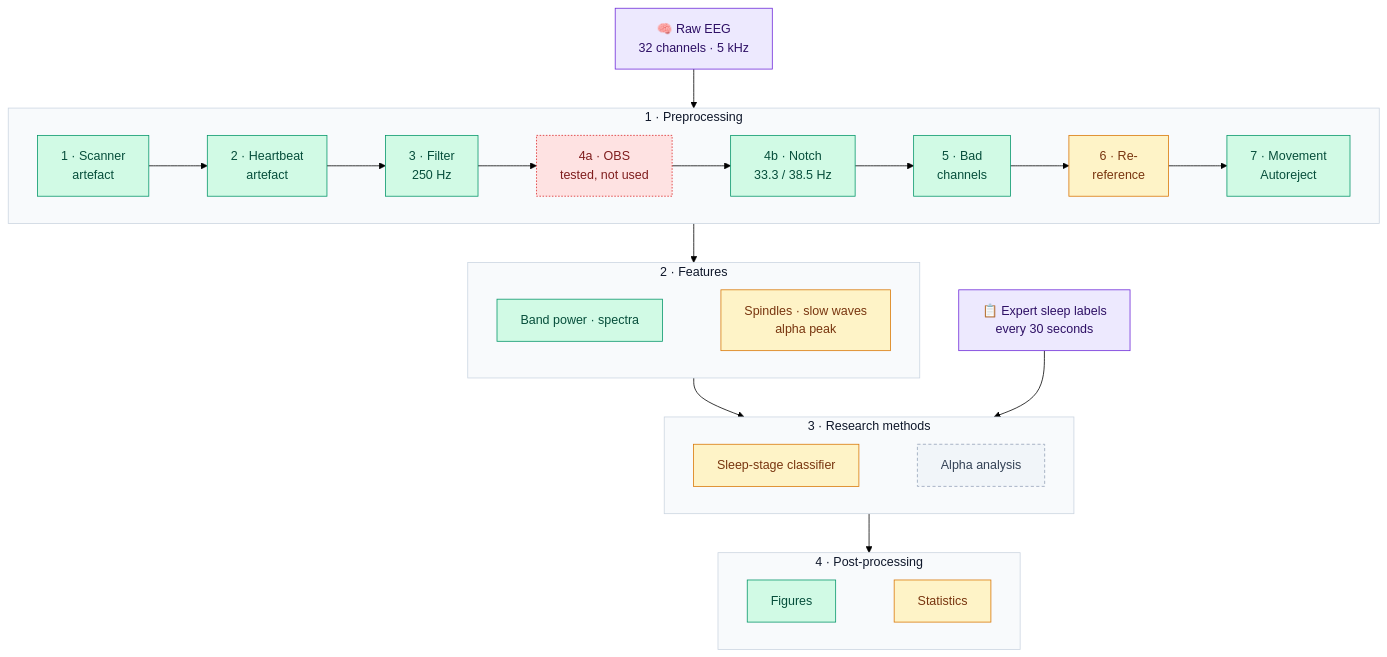
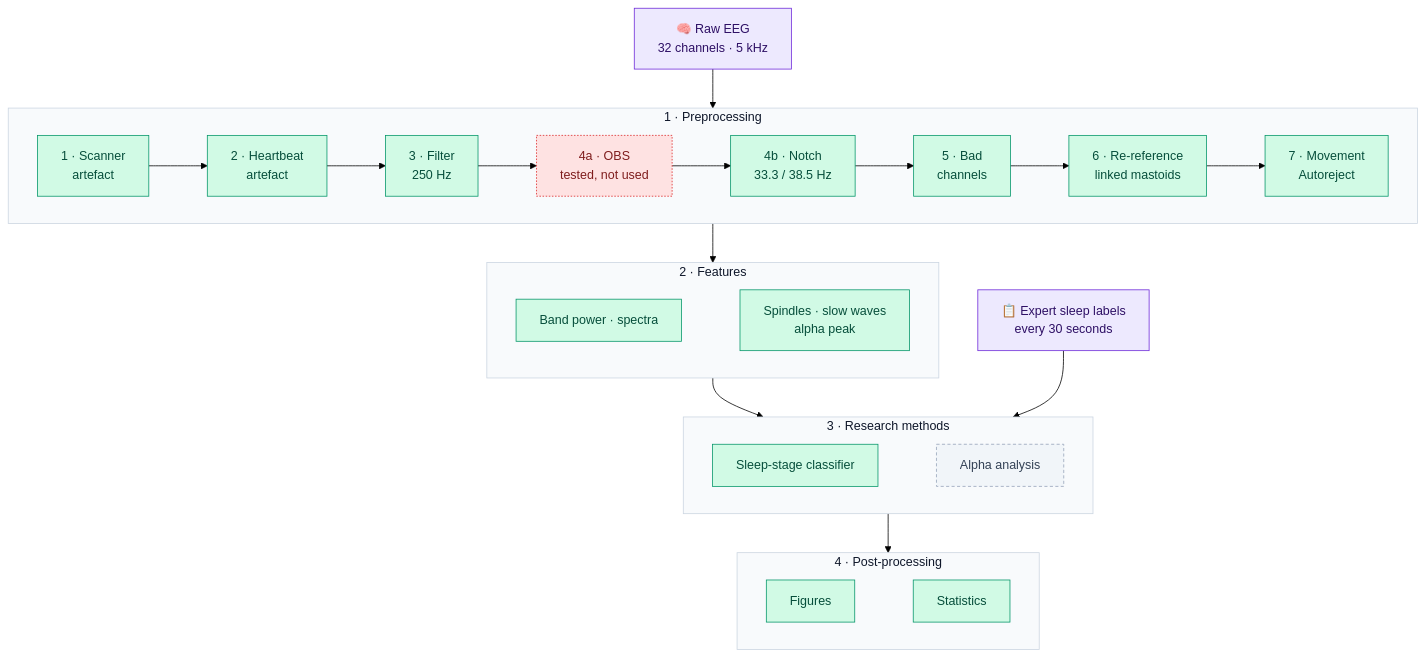
One commit to besrabhagyashree/sleep-eeg-fmri changed the diagram in README.md. Above: the diagram before and after it, drawn with Mermaid (forest theme). The commit also changed other lines of this file, not shown here.

Commit message:
README: study 01 complete; pipeline status, stage badges and key findings updated

````diff
--- a/README.md
+++ b/README.md
@@ -34,35 +34,35 @@
 ```mermaid
 flowchart TB
     RAW["🧠 Raw EEG<br/>32 channels · 5 kHz"]:::data
 
     subgraph S1 ["1 · Preprocessing"]
         direction LR
-        P1["1 · Scanner<br/>artefact"]:::done --> P2["2 · Heartbeat<br/>artefact"]:::done --> P3["3 · Filter<br/>250 Hz"]:::done --> P4A["4a · OBS<br/>tested, not used"]:::rejected --> P4B["4b · Notch<br/>33.3 / 38.5 Hz"]:::done --> P5["5 · Bad<br/>channels"]:::done --> P6["6 · Re-<br/>reference"]:::wip --> P7["7 · Movement<br/>Autoreject"]:::done
+        P1["1 · Scanner<br/>artefact"]:::done --> P2["2 · Heartbeat<br/>artefact"]:::done --> P3["3 · Filter<br/>250 Hz"]:::done --> P4A["4a · OBS<br/>tested, not used"]:::rejected --> P4B["4b · Notch<br/>33.3 / 38.5 Hz"]:::done --> P5["5 · Bad<br/>channels"]:::done --> P6["6 · Re-reference<br/>linked mastoids"]:::done --> P7["7 · Movement<br/>Autoreject"]:::done
     end
     subgraph S2 ["2 · Features"]
         direction LR
-        F1["Band power · spectra"]:::done ~~~ F2["Spindles · slow waves<br/>alpha peak"]:::wip
+        F1["Band power · spectra"]:::done ~~~ F2["Spindles · slow waves<br/>alpha peak"]:::done
     end
     subgraph S3 ["3 · Research methods"]
         direction LR
-        M1["Sleep-stage classifier"]:::wip ~~~ M2["Alpha analysis"]:::todo
+        M1["Sleep-stage classifier"]:::done ~~~ M2["Alpha analysis"]:::todo
     end
     LAB["📋 Expert sleep labels<br/>every 30 seconds"]:::data
     subgraph S4 ["4 · Post-processing"]
         direction LR
-        Q1["Figures"]:::done ~~~ Q2["Statistics"]:::wip
+        Q1["Figures"]:::done ~~~ Q2["Statistics"]:::done
     end
 
     RAW --> S1 --> S2 --> S3 --> S4
     LAB --> S3
 
     classDef done fill:#d1fae5,stroke:#059669,color:#064e3b
     classDef wip fill:#fef3c7,stroke:#d97706,color:#78350f
     classDef todo fill:#f1f5f9,stroke:#94a3b8,color:#334155,stroke-dasharray: 4 3
     classDef data fill:#ede9fe,stroke:#6d28d9,color:#2e1065
     classDef rejected fill:#fee2e2,stroke:#dc2626,color:#7f1d1d,stroke-dasharray: 2 2
     style S1 fill:#f8fafc,stroke:#cbd5e1,color:#0f172a
     style S2 fill:#f8fafc,stroke:#cbd5e1,color:#0f172a
     style S3 fill:#f8fafc,stroke:#cbd5e1,color:#0f172a
     style S4 fill:#f8fafc,stroke:#cbd5e1,color:#0f172a
 ```
````
